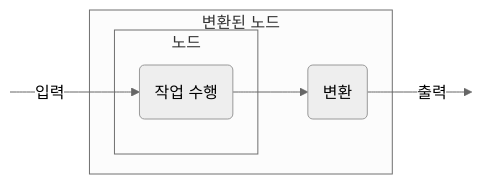
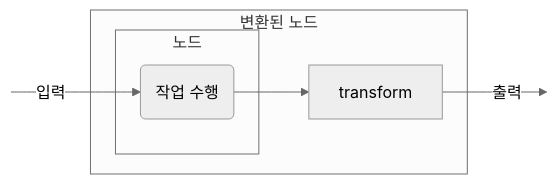
Diagram 15 of 15 in docs/ko/koog/nodes-and-components.md (BinaryTape/Open-Docs), drawn with Mermaid (neutral theme) before and after one commit. The commit also changed other lines of this file and 164 other files, not shown here.

````diff
--- a/docs/ko/koog/nodes-and-components.md
+++ b/docs/ko/koog/nodes-and-components.md
@@ -862,16 +861,16 @@
 ```mermaid
 graph LR
     in:::hidden
     out:::hidden
     
     subgraph nodeWithTransform [변환된 노드]
         subgraph node ["노드"]
             execute(작업 수행)
         end
-        transform(변환)
+        transform
     end
     
     in --입력--> execute --> transform --출력--> out
 
     classDef hidden display: none;
 ```
````
